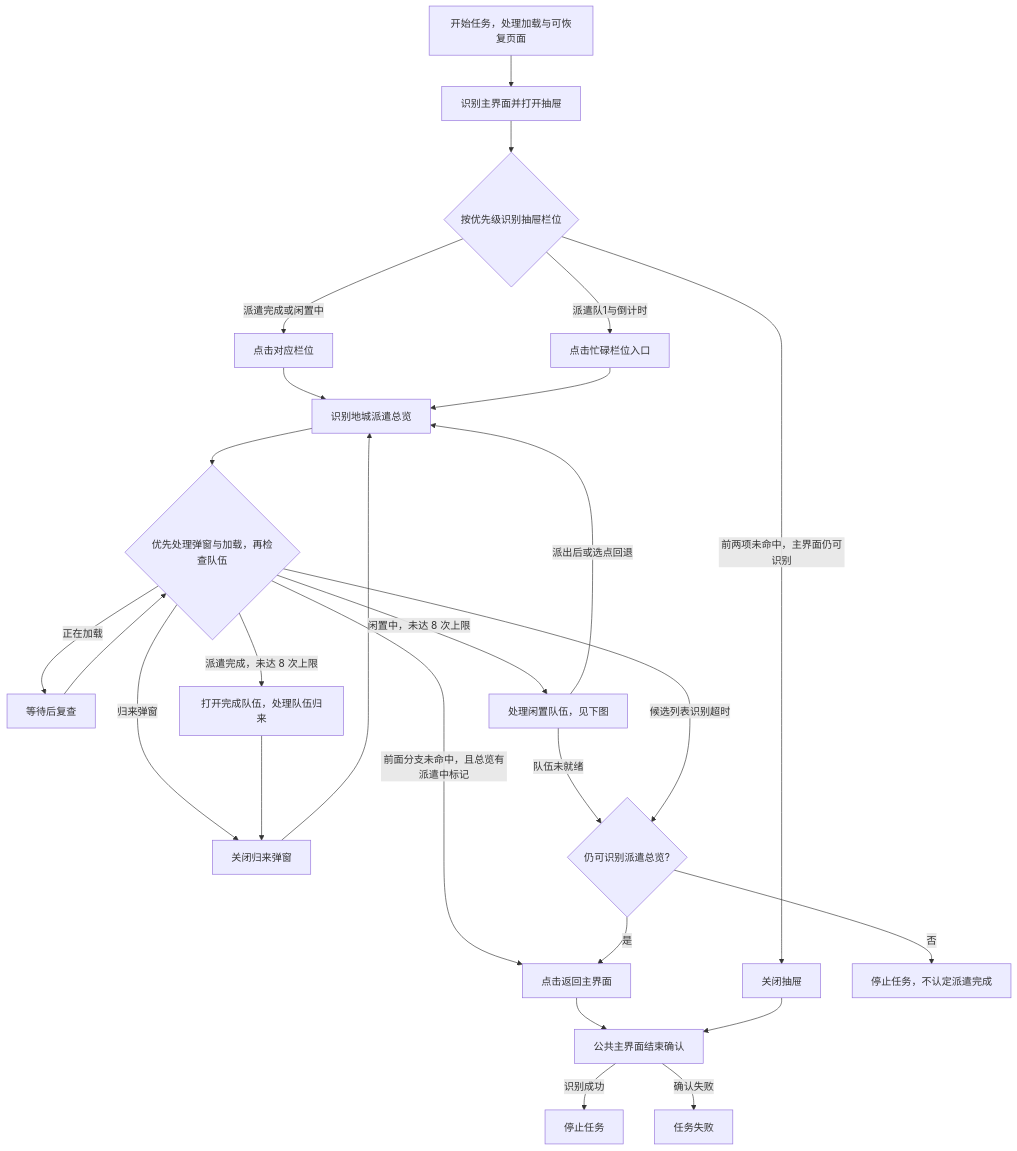
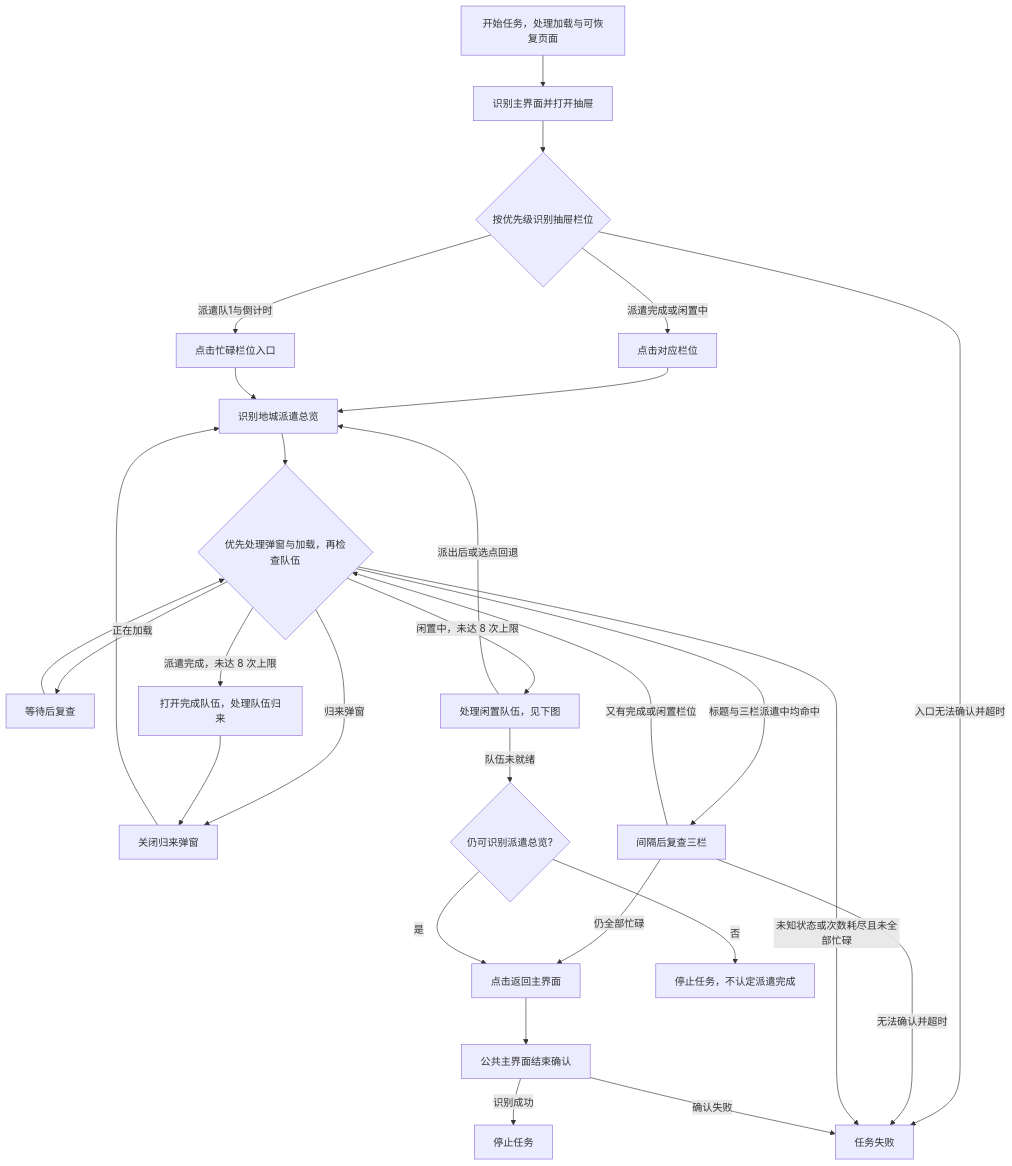
One commit to cccrx1/TKFMaa changed the first of 2 diagrams in docs/zh_cn/tasks/daily_dispatch.md. Above: the diagram before and after it, drawn with Mermaid. The commit also changed other lines of this file and 1 other file, not shown here.

````diff
--- a/docs/zh_cn/tasks/daily_dispatch.md
+++ b/docs/zh_cn/tasks/daily_dispatch.md
@@ -19,28 +20,30 @@
 ```mermaid
 flowchart TD
     Start[开始任务，处理加载与可恢复页面] --> Main[识别主界面并打开抽屉]
     Main --> Drawer{按优先级识别抽屉栏位}
     Drawer -->|派遣完成或闲置中| Actionable[点击对应栏位]
     Drawer -->|派遣队1与倒计时| Busy[点击忙碌栏位入口]
-    Drawer -->|前两项未命中，主界面仍可识别| Close[关闭抽屉]
+    Drawer -->|入口无法确认并超时| Fail[任务失败，保留页面]
     Actionable --> Overview[识别地城派遣总览]
     Busy --> Overview
     Overview --> Scan{优先处理弹窗与加载，再检查队伍}
     Scan -->|归来弹窗| Popup[关闭归来弹窗]
     Popup --> Overview
     Scan -->|正在加载| Wait[等待后复查]
     Wait --> Scan
     Scan -->|派遣完成，未达 8 次上限| Completed[打开完成队伍，处理队伍归来]
     Completed --> Popup
     Scan -->|闲置中，未达 8 次上限| Idle[处理闲置队伍，见下图]
     Idle -->|派出后或选点回退| Overview
     Idle -->|队伍未就绪| ExitCheck{仍可识别派遣总览?}
-    Scan -->|前面分支未命中，且总览有派遣中标记| Back[点击返回主界面]
-    Scan -->|候选列表识别超时| ExitCheck
+    Scan -->|标题与三栏派遣中均命中| Verify[间隔后复查三栏]
+    Verify -->|仍全部忙碌| Back[点击返回主界面]
+    Verify -->|又有完成或闲置栏位| Scan
+    Verify -->|无法确认并超时| Fail
+    Scan -->|未知状态或次数耗尽且未全部忙碌| Fail
     ExitCheck -->|是| Back
     ExitCheck -->|否| Stop[停止任务，不认定派遣完成]
     Back --> Confirm[公共主界面结束确认]
-    Close --> Confirm
     Confirm -->|识别成功| Done[停止任务]
     Confirm -->|确认失败| Fail[任务失败]
 ```
````
